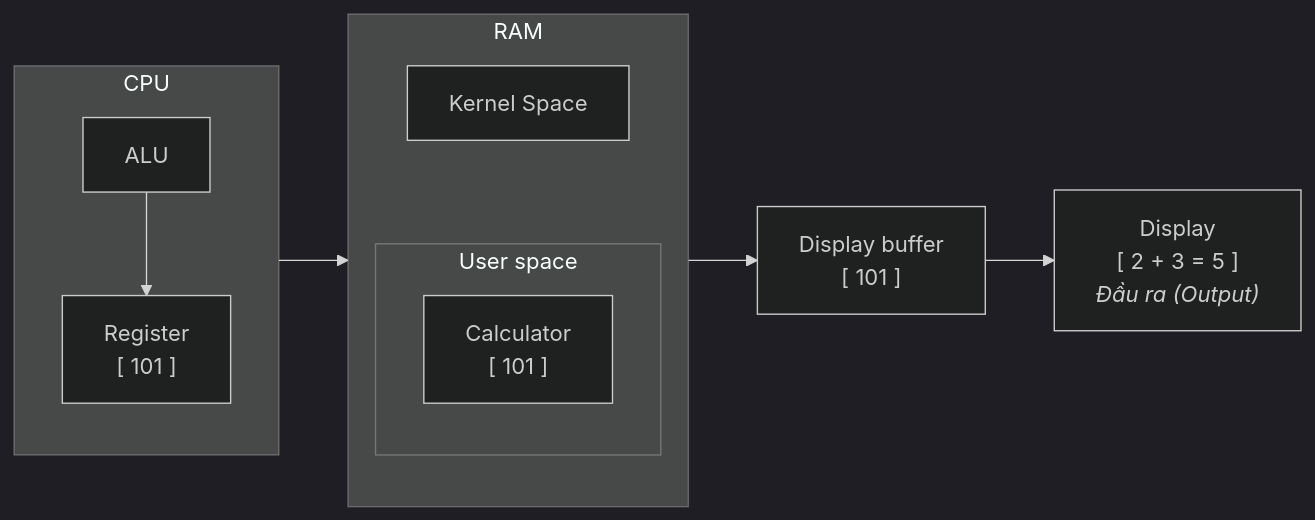
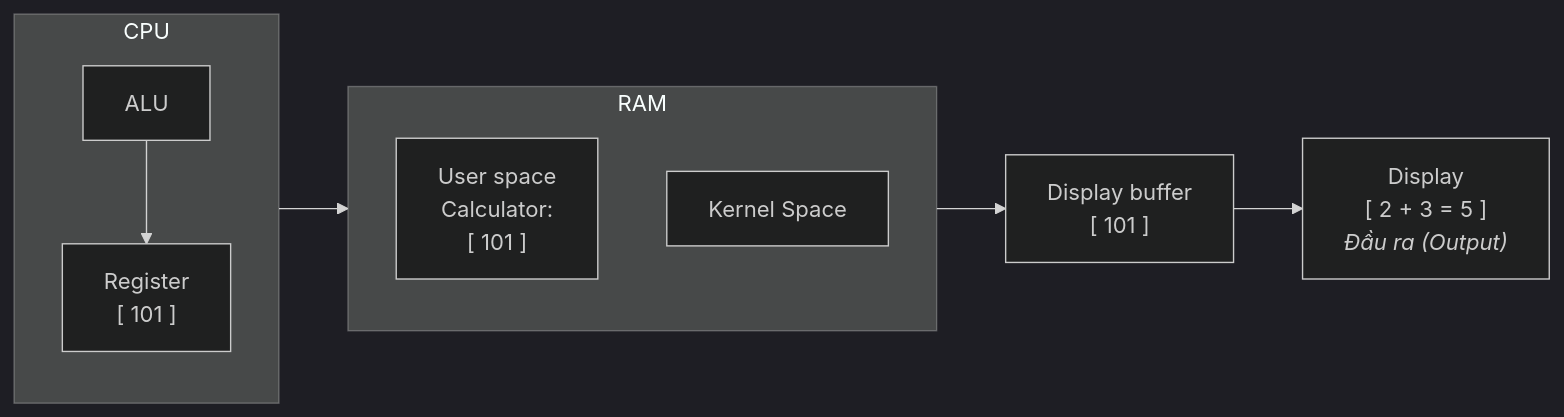
The seventh of 10 diagrams in OperatingSystem/OS_scratch/Concepts_OS/Intro_OS/Lession4.md (Duc-Lee/LLMserving_GPUoptimization), drawn with Mermaid (dark theme) before and after one commit. The commit also changed other lines of this file, not shown here.

````diff
--- a/OperatingSystem/OS_scratch/Concepts_OS/Intro_OS/Lession4.md
+++ b/OperatingSystem/OS_scratch/Concepts_OS/Intro_OS/Lession4.md
@@ -173,23 +146,20 @@
 ```mermaid
 flowchart LR
     subgraph CPU ["CPU"]
         direction TB
+        ALU["ALU"]
         REG["Register<br/>[ 101 ]"]
-        ALU["ALU"]
         ALU --> REG
     end
 
-    REG --> CALC_RES
+    REG --> US
 
     subgraph RAM ["RAM"]
         direction TB
         KS["Kernel Space"]
-        subgraph US ["User space"]
-            CALC_RES["Calculator<br/>[ 101 ]"]
-        end
-        KS ~~~ US
+        US["User space<br/>Calculator:<br/>[ 101 ]"]
     end
 
-    CALC_RES --> DISP_BUF["Display buffer<br/>[ 101 ]"]
+    US --> DISP_BUF["Display buffer<br/>[ 101 ]"]
     DISP_BUF --> OUT_DISP["Display<br/>[ 2 + 3 = 5 ]<br/><i>Đầu ra (Output)</i>"]
 ```
````
